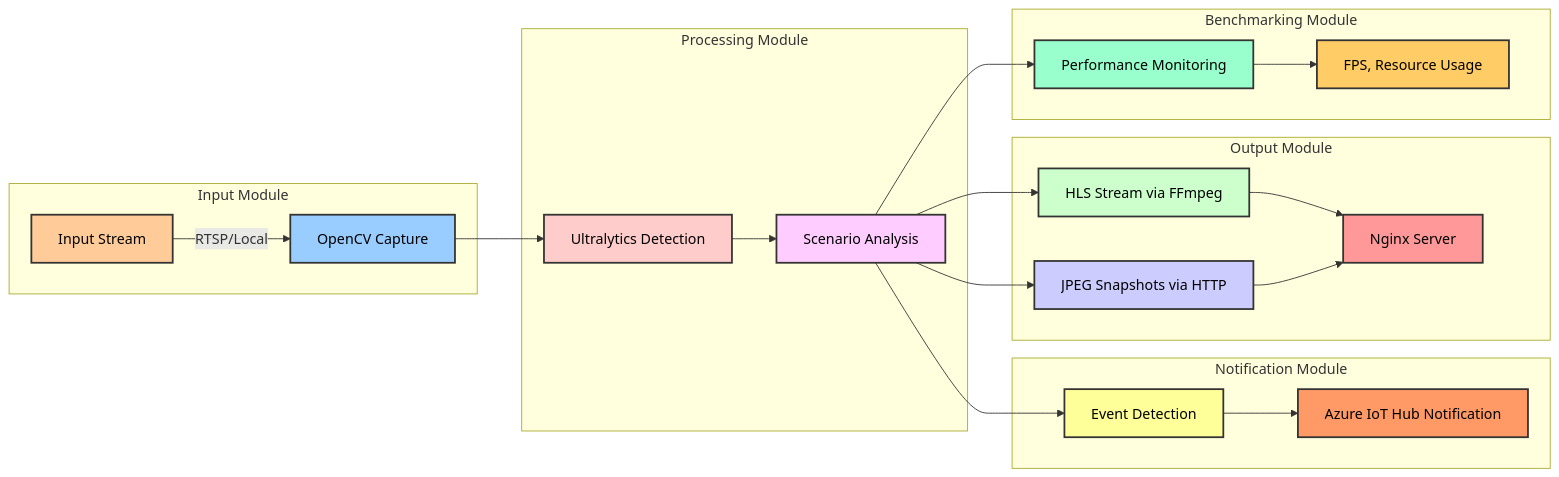
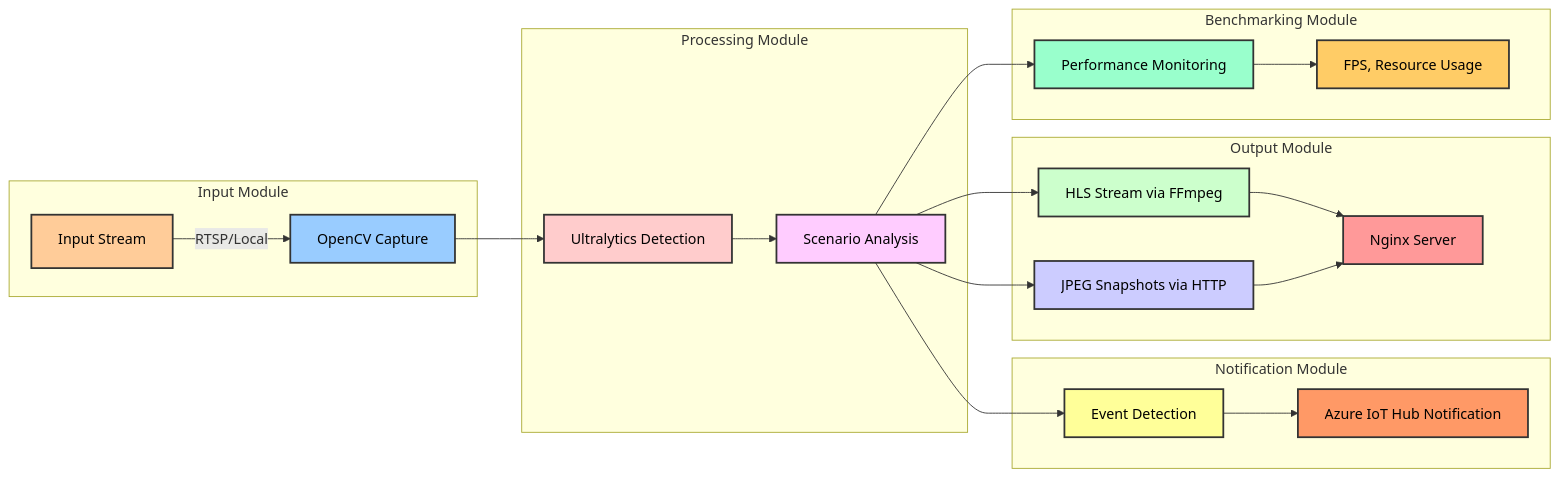
Before and after one commit to Insielspa/test: the diagram in Writerside/topics/General-architecture.md, drawn with Mermaid. The commit also changed 53 other files, not shown here.

````diff
--- a/Writerside/topics/General-architecture.md
+++ b/Writerside/topics/General-architecture.md
@@ -41,40 +41,40 @@
 ```mermaid
 graph LR
    subgraph Input Module
       A[Input Stream] -->|RTSP/Local| B[OpenCV Capture]
    end
 
    subgraph Processing Module
       B --> C[Ultralytics Detection]
       C --> D[Scenario Analysis]
    end
 
    subgraph Notification Module
       D --> E[Event Detection]
       E --> F[Azure IoT Hub Notification]
    end
 
    subgraph Output Module
       D --> G[HLS Stream via FFmpeg]
       D --> H[JPEG Snapshots via HTTP]
       G --> I[Nginx Server]
       H --> I[Nginx Server]
    end
 
    subgraph Benchmarking Module
       D --> J[Performance Monitoring]
       J --> K[FPS, Resource Usage]
    end
 
-style A fill:#ffcc99,stroke:#333,stroke-width:2px,color:#000
+style A fill:#ffcc99,stroke:#333,stroke-width:2px,color:#000,height:60
 style B fill:#99ccff,stroke:#333,stroke-width:2px,color:#000
 style C fill:#ffcccc,stroke:#333,stroke-width:2px,color:#000
 style D fill:#ffccff,stroke:#333,stroke-width:2px,color:#000
 style E fill:#ffff99,stroke:#333,stroke-width:2px,color:#000
 style F fill:#ff9966,stroke:#333,stroke-width:2px,color:#000
 style G fill:#ccffcc,stroke:#333,stroke-width:2px,color:#000
 style H fill:#ccccff,stroke:#333,stroke-width:2px,color:#000
 style I fill:#ff9999,stroke:#333,stroke-width:2px,color:#000
 style J fill:#99ffcc,stroke:#333,stroke-width:2px,color:#000
 style K fill:#ffcc66,stroke:#333,stroke-width:2px,color:#000
 ```
````
